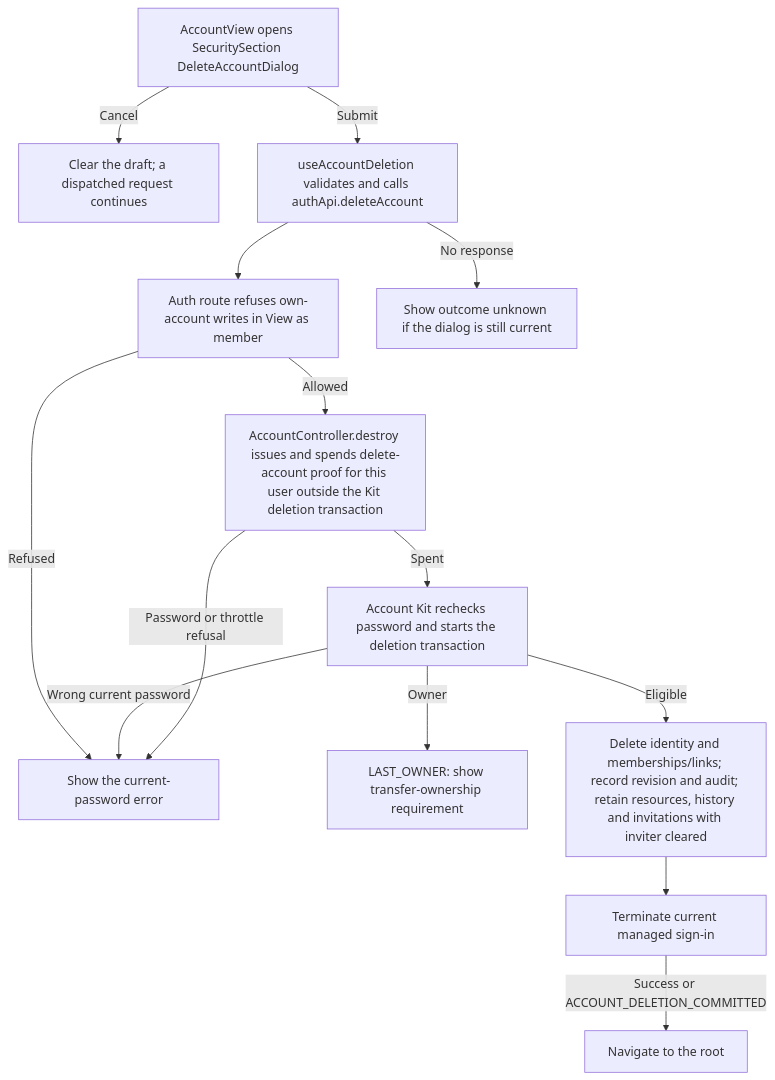
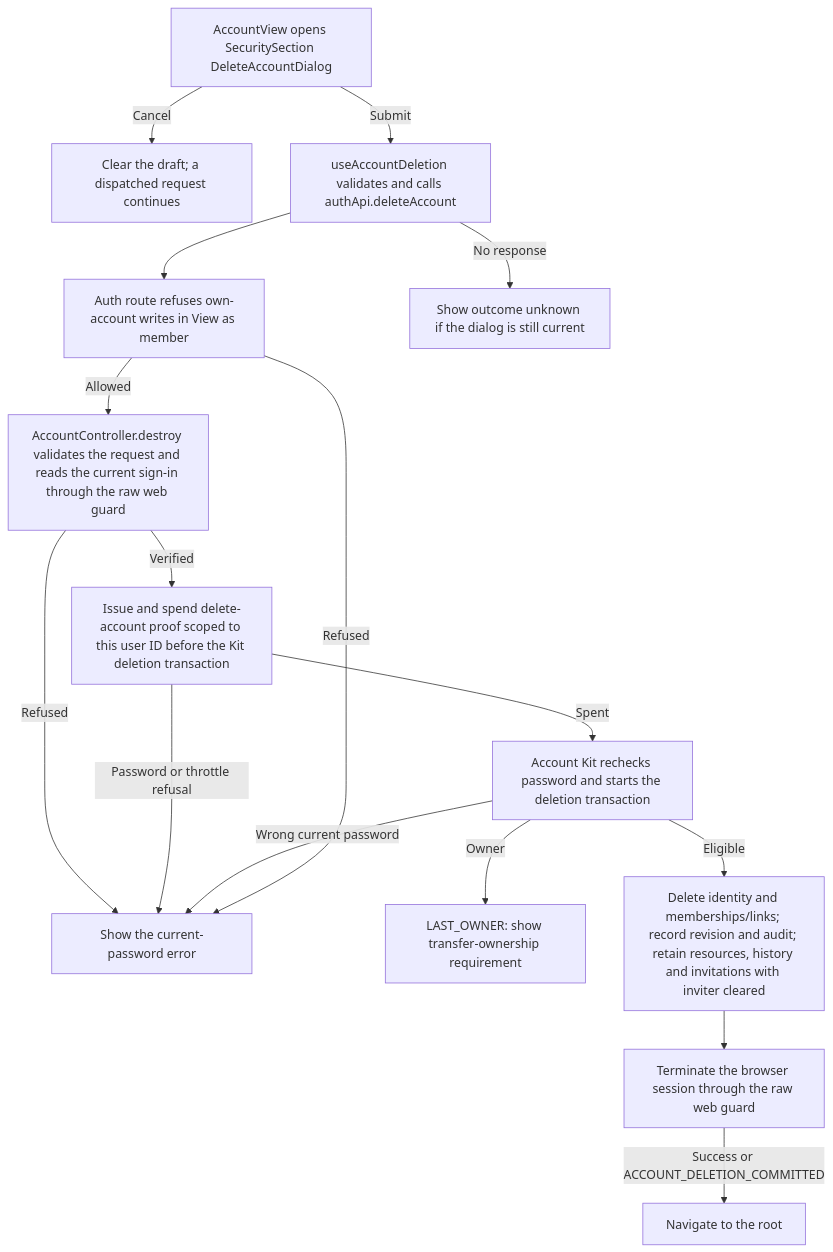
Before and after one commit to Kevinjohn/capacitylens: the second of 2 diagrams in user-stories/account/US-ACCOUNT-05-delete-account.md, drawn with Mermaid. The commit also changed other lines of this file and 26 other files, not shown here.

Commit message:
Refresh the account and planning user stories

````diff
--- a/user-stories/account/US-ACCOUNT-05-delete-account.md
+++ b/user-stories/account/US-ACCOUNT-05-delete-account.md
@@ -35,16 +35,18 @@
 ```mermaid
 flowchart TD
   dialog["AccountView opens SecuritySection DeleteAccountDialog"] -->|Cancel| clear["Clear the draft; a dispatched request continues"]
   dialog -->|Submit| api["useAccountDeletion validates and calls authApi.deleteAccount"]
   api --> guard["Auth route refuses own-account writes in View as member"]
-  guard -->|Allowed| proof["AccountController.destroy issues and spends delete-account proof for this user outside the Kit deletion transaction"]
+  guard -->|Allowed| current["AccountController.destroy validates the request and reads the current sign-in through the raw web guard"]
+  current -->|Verified| proof["Issue and spend delete-account proof scoped to this user ID before the Kit deletion transaction"]
+  current -->|Refused| field
   proof -->|Password or throttle refusal| field["Show the current-password error"]
   proof -->|Spent| kit["Account Kit rechecks password and starts the deletion transaction"]
   kit -->|Owner| owner["LAST_OWNER: show transfer-ownership requirement"]
   kit -->|Wrong current password| field
   kit -->|Eligible| cleanup["Delete identity and memberships/links; record revision and audit; retain resources, history and invitations with inviter cleared"]
-  cleanup --> terminate["Terminate current managed sign-in"]
+  cleanup --> terminate["Terminate the browser session through the raw web guard"]
   terminate -->|Success or ACCOUNT_DELETION_COMMITTED| reload["Navigate to the root"]
   api -->|No response| unknown["Show outcome unknown if the dialog is still current"]
   guard -->|Refused| field
 ```
````
